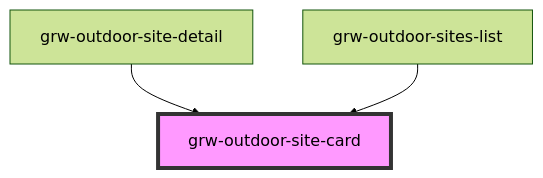
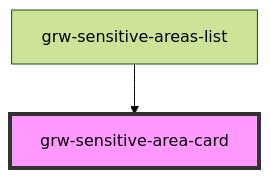
The diagram in src/components/grw-sensitive-area-card/readme.md (GeotrekCE/Geotrek-rando-widget), drawn with Mermaid (forest theme) before and after one commit. The commit also changed other lines of this file and 13 other files, not shown here.

````diff
--- a/src/components/grw-sensitive-area-card/readme.md
+++ b/src/components/grw-sensitive-area-card/readme.md
@@ -58,6 +57,5 @@
 ```mermaid
 graph TD;
-  grw-outdoor-site-detail --> grw-outdoor-site-card
-  grw-outdoor-sites-list --> grw-outdoor-site-card
-  style grw-outdoor-site-card fill:#f9f,stroke:#333,stroke-width:4px
+  grw-sensitive-areas-list --> grw-sensitive-area-card
+  style grw-sensitive-area-card fill:#f9f,stroke:#333,stroke-width:4px
 ```
````
